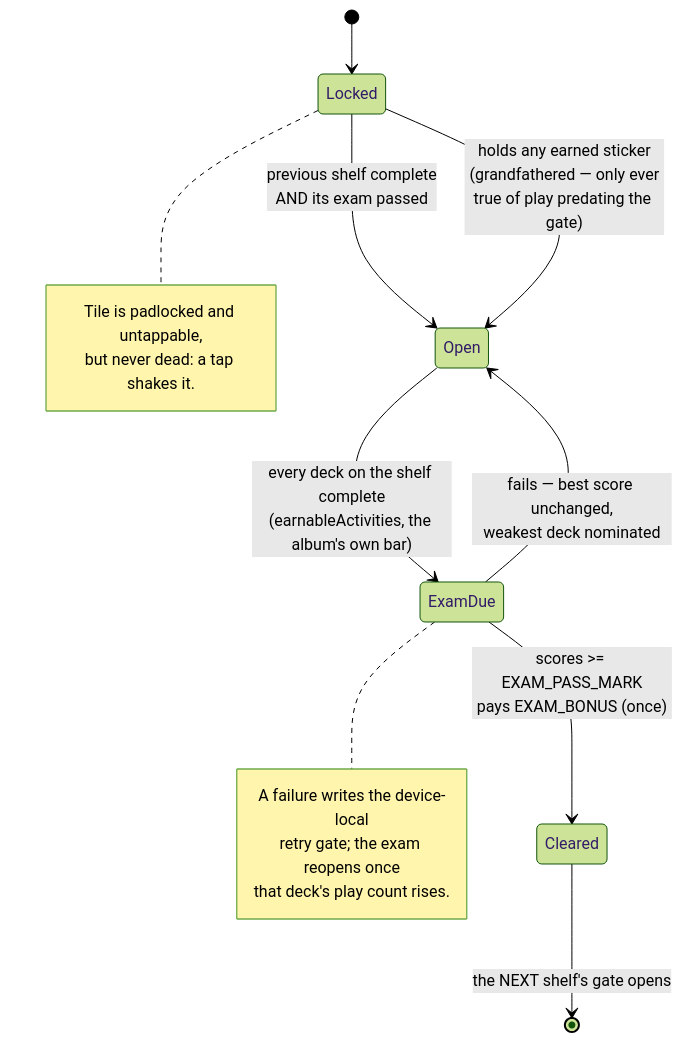
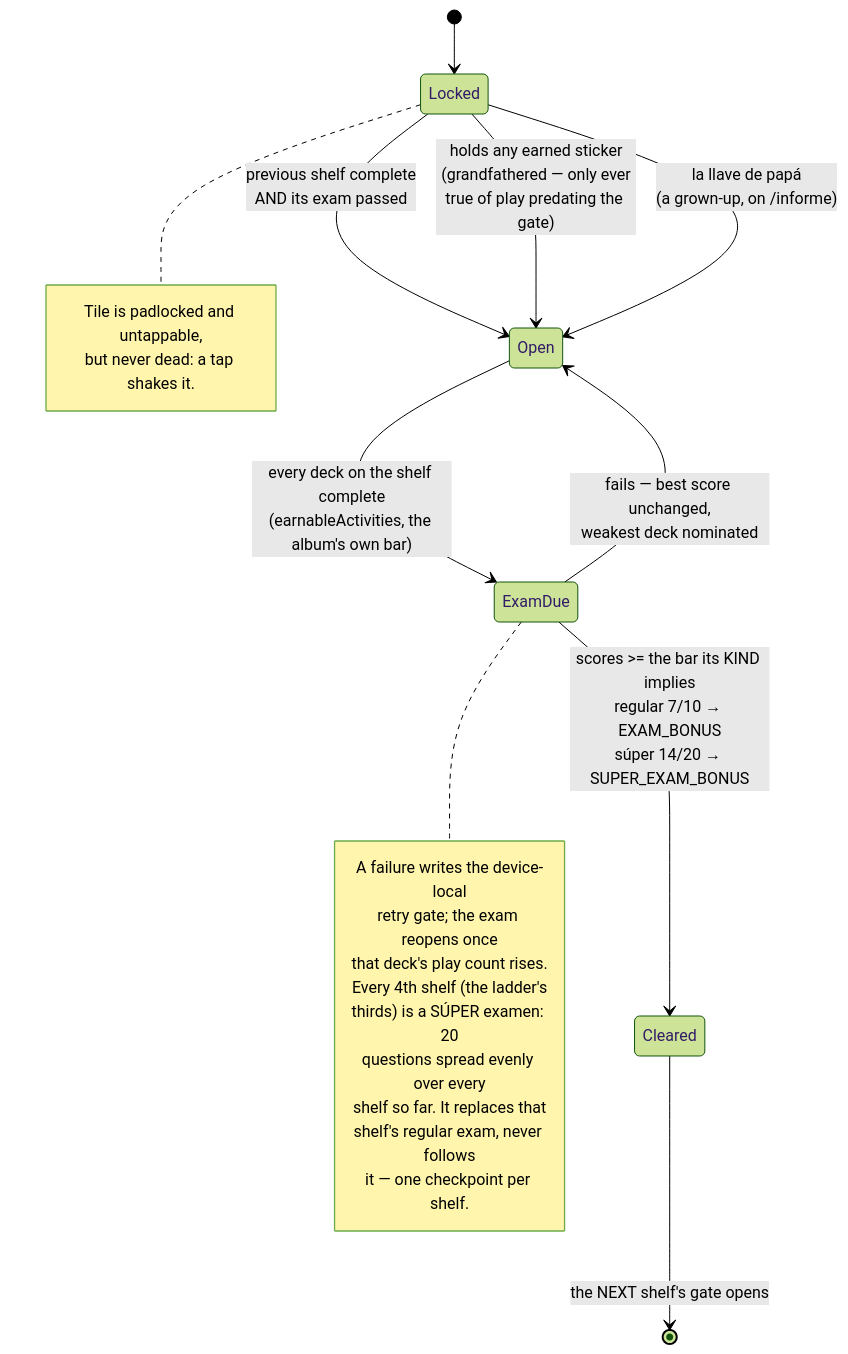
The fourth of 4 diagrams in docs/architecture-diagrams.md (ManuelOlvera/learn-spanish), drawn with Mermaid (forest theme) before and after one commit. The commit also changed other lines of this file and 35 other files, not shown here.

````diff
--- a/docs/architecture-diagrams.md
+++ b/docs/architecture-diagrams.md
@@ -126,24 +126,31 @@
 ```mermaid
 stateDiagram-v2
   [*] --> Locked
 
   Locked --> Open: previous shelf complete<br/>AND its exam passed
   Locked --> Open: holds any earned sticker<br/>(grandfathered — only ever<br/>true of play predating the gate)
+  Locked --> Open: la llave de papá<br/>(a grown-up, on /informe)
 
   Open --> ExamDue: every deck on the shelf complete<br/>(earnableActivities, the album's own bar)
   ExamDue --> Open: fails — best score unchanged,<br/>weakest deck nominated
 
-  ExamDue --> Cleared: scores >= EXAM_PASS_MARK<br/>pays EXAM_BONUS (once)
+  ExamDue --> Cleared: scores >= the bar its KIND implies<br/>regular 7/10 → EXAM_BONUS<br/>súper 14/20 → SUPER_EXAM_BONUS
   Cleared --> [*]: the NEXT shelf's gate opens
 
   note right of Locked
     Tile is padlocked and untappable,
     but never dead: a tap shakes it.
   end note
 
   note right of ExamDue
     A failure writes the device-local
     retry gate; the exam reopens once
     that deck's play count rises.
+    Every 4th shelf (the ladder's
+    thirds) is a SÚPER examen: 20
+    questions spread evenly over every
+    shelf so far. It replaces that
+    shelf's regular exam, never follows
+    it — one checkpoint per shelf.
   end note
 ```
````
